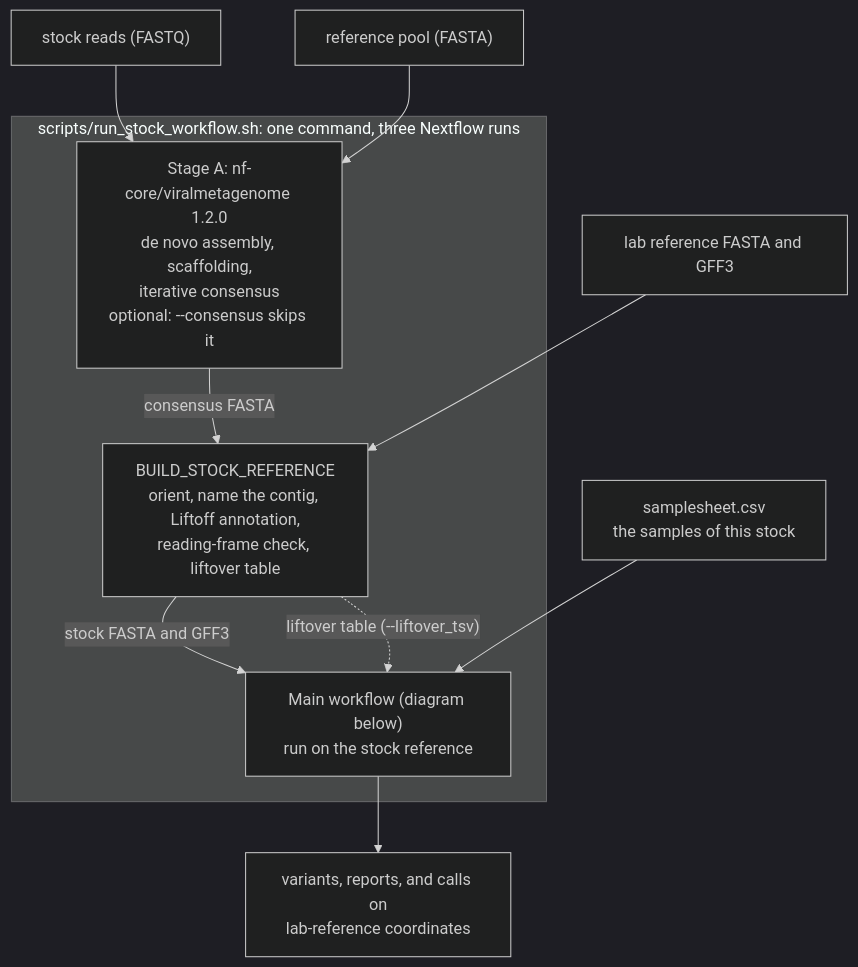
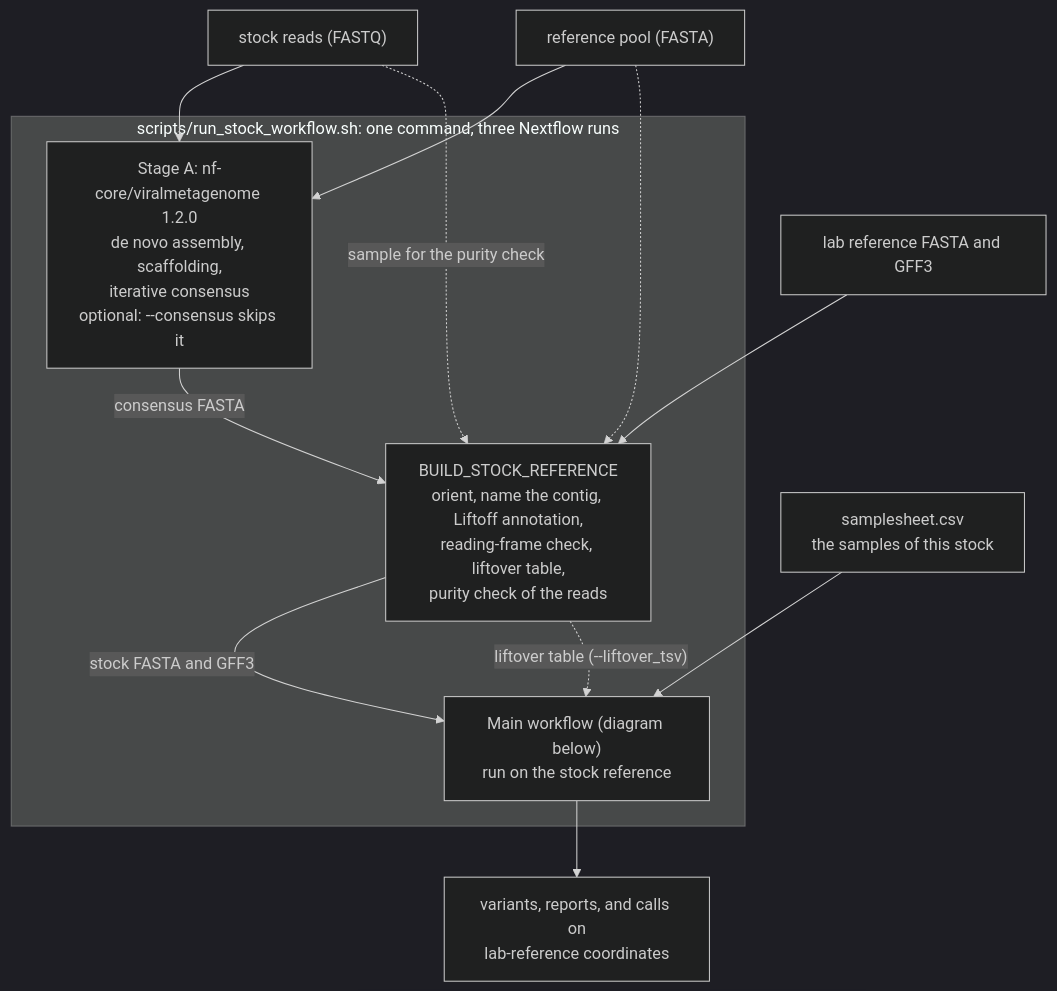
The first of 2 diagrams in README.md (aleponce4/viral-intrahost-variant-workflow), drawn with Mermaid (dark theme) before and after one commit. The commit also changed other lines of this file and 41 other files, not shown here.

First line of the commit message:
feat(stock): add a purity check of the stock's reads (STOCK_PURITY) (#21)

````diff
--- a/README.md
+++ b/README.md
@@ -25,16 +25,18 @@
 ```mermaid
 flowchart TD
     subgraph LAUNCH["scripts/run_stock_workflow.sh: one command, three Nextflow runs"]
         SA["Stage A: nf-core/viralmetagenome 1.2.0<br/>de novo assembly, scaffolding,<br/>iterative consensus<br/>optional: --consensus skips it"]
-        BR["BUILD_STOCK_REFERENCE<br/>orient, name the contig, Liftoff annotation,<br/>reading-frame check, liftover table"]
+        BR["BUILD_STOCK_REFERENCE<br/>orient, name the contig, Liftoff annotation,<br/>reading-frame check, liftover table,<br/>purity check of the reads"]
         MW["Main workflow (diagram below)<br/>run on the stock reference"]
         SA -->|consensus FASTA| BR
         BR -->|stock FASTA and GFF3| MW
     end
     READS["stock reads (FASTQ)"] --> SA
+    READS -.->|"sample for the purity check"| BR
     POOL["reference pool (FASTA)"] --> SA
+    POOL -.-> BR
     LAB["lab reference FASTA and GFF3"] --> BR
     SAMPLES["samplesheet.csv<br/>the samples of this stock"] --> MW
     BR -.->|"liftover table (--liftover_tsv)"| MW
     MW --> OUT["variants, reports, and calls on<br/>lab-reference coordinates"]
 ```
````
